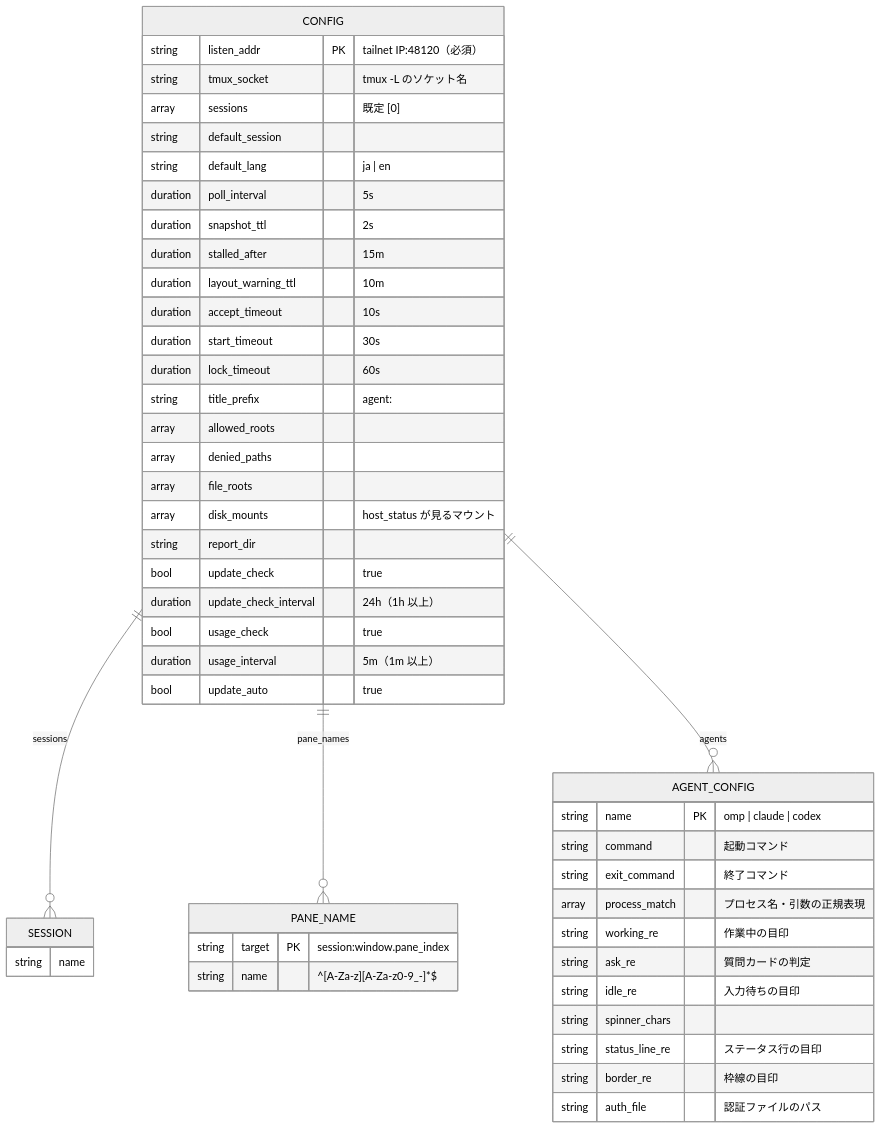
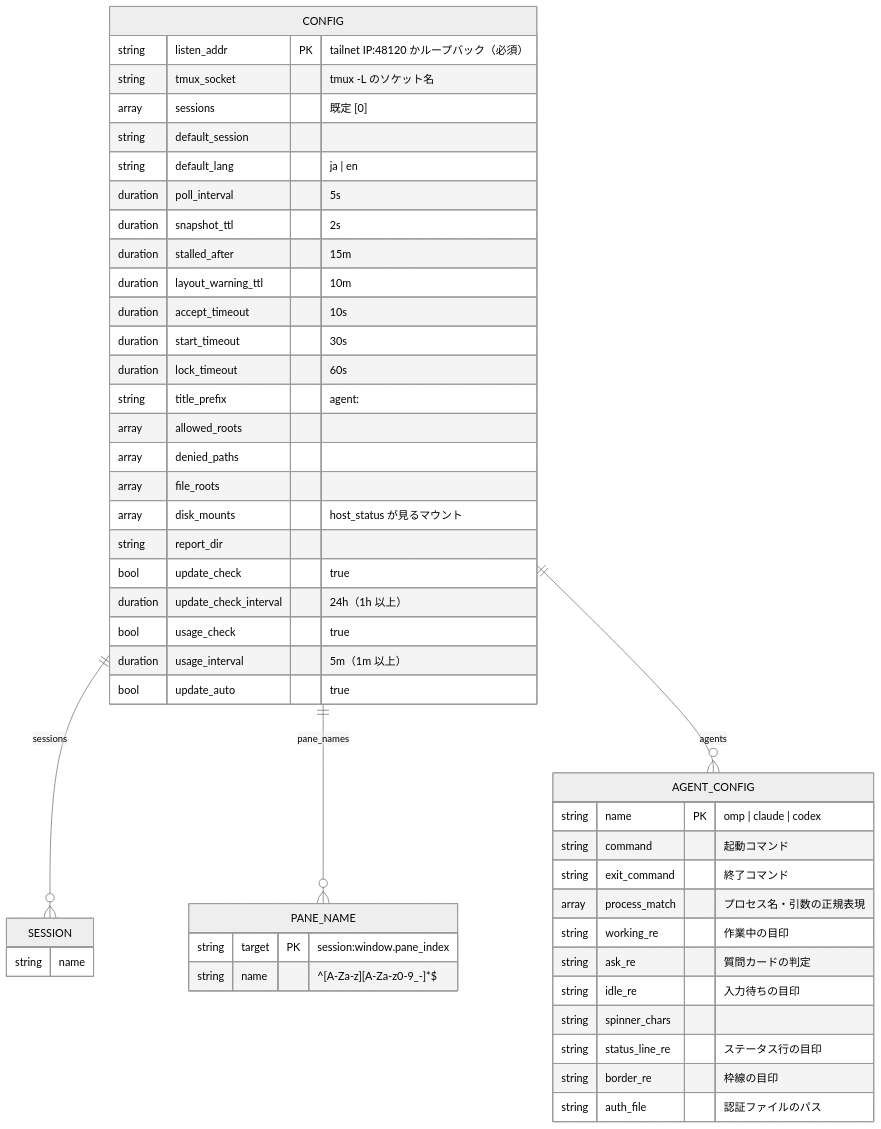
One commit to ousiassllc/swarm-console changed the first of 2 diagrams in docs/architecture/er-config.md. Above: the diagram before and after it, drawn with Mermaid (neutral theme). The commit also changed other lines of this file and 22 other files, not shown here.

````diff
--- a/docs/architecture/er-config.md
+++ b/docs/architecture/er-config.md
@@ -9,52 +9,52 @@
 ```mermaid
 erDiagram
     CONFIG ||--o{ SESSION : "sessions"
     CONFIG ||--o{ PANE_NAME : "pane_names"
     CONFIG ||--o{ AGENT_CONFIG : "agents"
 
     CONFIG {
-        string listen_addr PK "tailnet IP:48120（必須）"
+        string listen_addr PK "tailnet IP:48120 かループバック（必須）"
         string tmux_socket "tmux -L のソケット名"
         array sessions "既定 [0]"
         string default_session
         string default_lang "ja | en"
         duration poll_interval "5s"
         duration snapshot_ttl "2s"
         duration stalled_after "15m"
         duration layout_warning_ttl "10m"
         duration accept_timeout "10s"
         duration start_timeout "30s"
         duration lock_timeout "60s"
         string title_prefix "agent: "
         array allowed_roots
         array denied_paths
         array file_roots
         array disk_mounts "host_status が見るマウント"
         string report_dir
         bool update_check "true"
         duration update_check_interval "24h（1h 以上）"
         bool usage_check "true"
         duration usage_interval "5m（1m 以上）"
         bool update_auto "true"
     }
     SESSION {
         string name
     }
     PANE_NAME {
         string target PK "session:window.pane_index"
         string name "^[A-Za-z][A-Za-z0-9_-]*$"
     }
     AGENT_CONFIG {
         string name PK "omp | claude | codex"
         string command "起動コマンド"
         string exit_command "終了コマンド"
         array process_match "プロセス名・引数の正規表現"
         string working_re "作業中の目印"
         string ask_re "質問カードの判定"
         string idle_re "入力待ちの目印"
         string spinner_chars
         string status_line_re "ステータス行の目印"
         string border_re "枠線の目印"
         string auth_file "認証ファイルのパス"
     }
 ```
````
